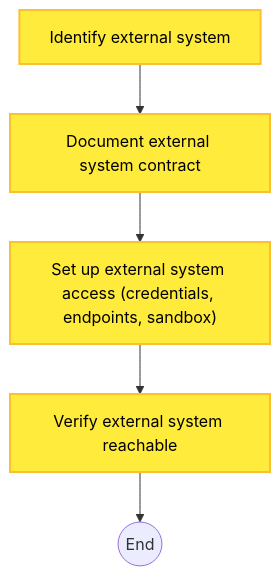
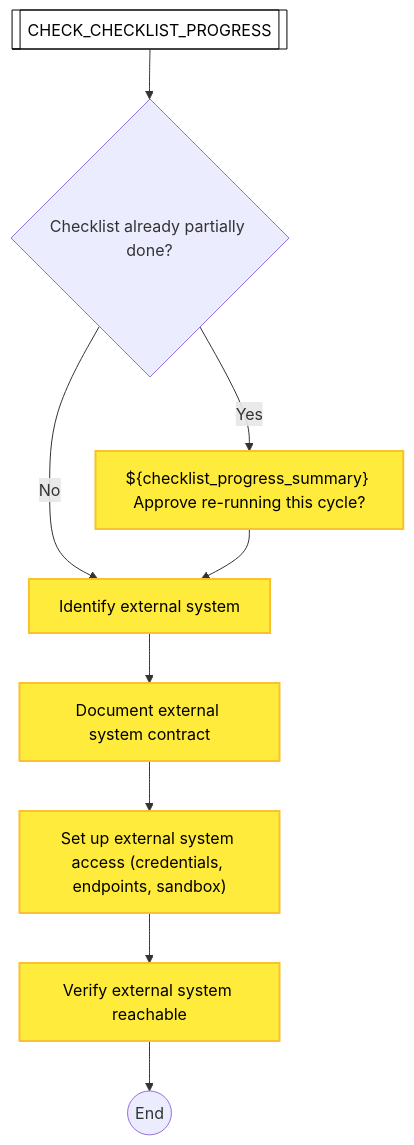
One commit to optivem/gh-optivem changed the seventh of 50 diagrams in docs/process-diagram.md. Above: the diagram before and after it, drawn with Mermaid. The commit also changed other lines of this file and 14 other files, not shown here.

First line of the commit message:
atdd/runtime: wire ticket-body parser to runtime + already-[x] approval gate

````diff
--- a/docs/process-diagram.md
+++ b/docs/process-diagram.md
@@ -141,16 +143,26 @@
 ```mermaid
 flowchart TD
+    CHECK_CHECKLIST_PROGRESS[[CHECK_CHECKLIST_PROGRESS]]
     DOCUMENT_EXTERNAL_SYSTEM_CONTRACT[Document external system contract]
+    GATE_CHECKLIST_PARTIALLY_DONE{Checklist already partially done?}
     IDENTIFY_EXTERNAL_SYSTEM[Identify external system]
     ONBOARD_END((End))
     SETUP_EXTERNAL_SYSTEM_ACCESS["Set up external system access (credentials, endpoints, sandbox)"]
+    STOP_CHECKLIST_PARTIALLY_DONE["${checklist_progress_summary} Approve re-running this cycle?"]
     VERIFY_EXTERNAL_SYSTEM_REACHABLE[Verify external system reachable]
 
+    CHECK_CHECKLIST_PROGRESS --> GATE_CHECKLIST_PARTIALLY_DONE
+    GATE_CHECKLIST_PARTIALLY_DONE -- Yes --> STOP_CHECKLIST_PARTIALLY_DONE
+    GATE_CHECKLIST_PARTIALLY_DONE -- No --> IDENTIFY_EXTERNAL_SYSTEM
+    STOP_CHECKLIST_PARTIALLY_DONE --> IDENTIFY_EXTERNAL_SYSTEM
     IDENTIFY_EXTERNAL_SYSTEM --> DOCUMENT_EXTERNAL_SYSTEM_CONTRACT
     DOCUMENT_EXTERNAL_SYSTEM_CONTRACT --> SETUP_EXTERNAL_SYSTEM_ACCESS
     SETUP_EXTERNAL_SYSTEM_ACCESS --> VERIFY_EXTERNAL_SYSTEM_REACHABLE
     VERIFY_EXTERNAL_SYSTEM_REACHABLE --> ONBOARD_END
 
+    classDef serviceNode fill:#ffffff,stroke:#000000,stroke-width:1px,color:#000000
+    class CHECK_CHECKLIST_PROGRESS serviceNode
+
     classDef humanNode fill:#ffeb3b,stroke:#fbc02d,stroke-width:2px,color:#000000
-    class DOCUMENT_EXTERNAL_SYSTEM_CONTRACT,IDENTIFY_EXTERNAL_SYSTEM,SETUP_EXTERNAL_SYSTEM_ACCESS,VERIFY_EXTERNAL_SYSTEM_REACHABLE humanNode
+    class DOCUMENT_EXTERNAL_SYSTEM_CONTRACT,IDENTIFY_EXTERNAL_SYSTEM,SETUP_EXTERNAL_SYSTEM_ACCESS,STOP_CHECKLIST_PARTIALLY_DONE,VERIFY_EXTERNAL_SYSTEM_REACHABLE humanNode
 ```
````
